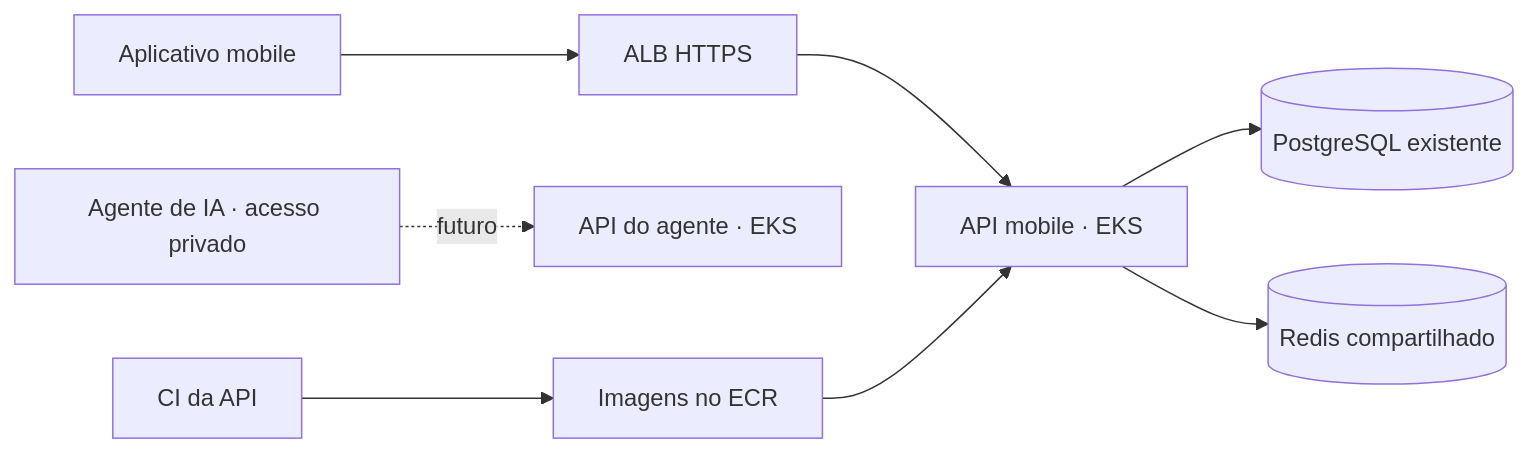
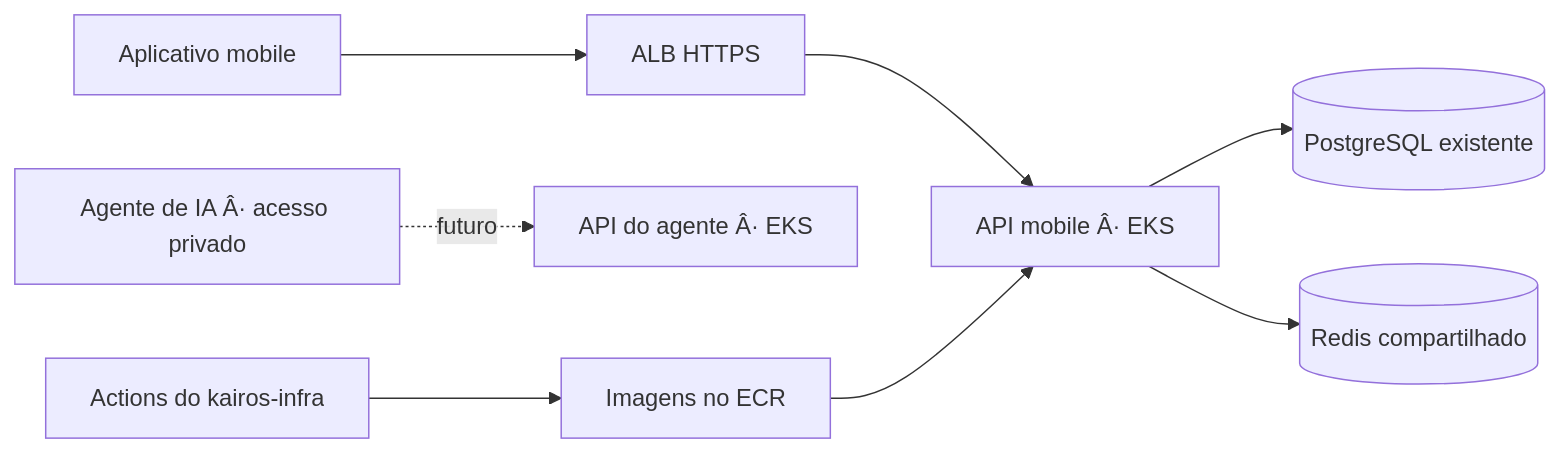
One commit to KairosApplication/kairos-infra changed the diagram in README.md. Above: the diagram before and after it, drawn with Mermaid. The commit also changed other lines of this file and 13 other files, not shown here.

````diff
--- a/README.md
+++ b/README.md
@@ -10,10 +10,10 @@
 ```mermaid
 flowchart LR
   Mobile[Aplicativo mobile] --> ALB[ALB HTTPS]
-  ALB --> API[API mobile · EKS]
-  Agent[Agente de IA · acesso privado] -. futuro .-> AgentAPI[API do agente · EKS]
+  ALB --> API[API mobile Â· EKS]
+  Agent[Agente de IA Â· acesso privado] -. futuro .-> AgentAPI[API do agente Â· EKS]
   API --> DB[(PostgreSQL existente)]
   API --> Redis[(Redis compartilhado)]
-  GitHub[CI da API] --> ECR[Imagens no ECR]
+  GitHub[Actions do kairos-infra] --> ECR[Imagens no ECR]
   ECR --> API
 ```
````
